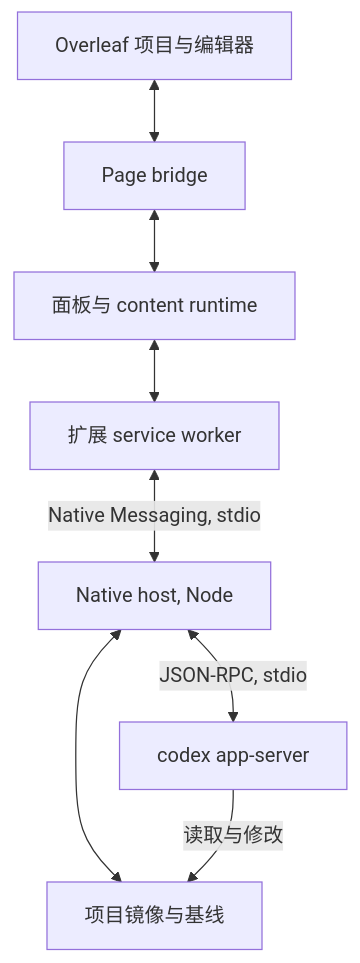
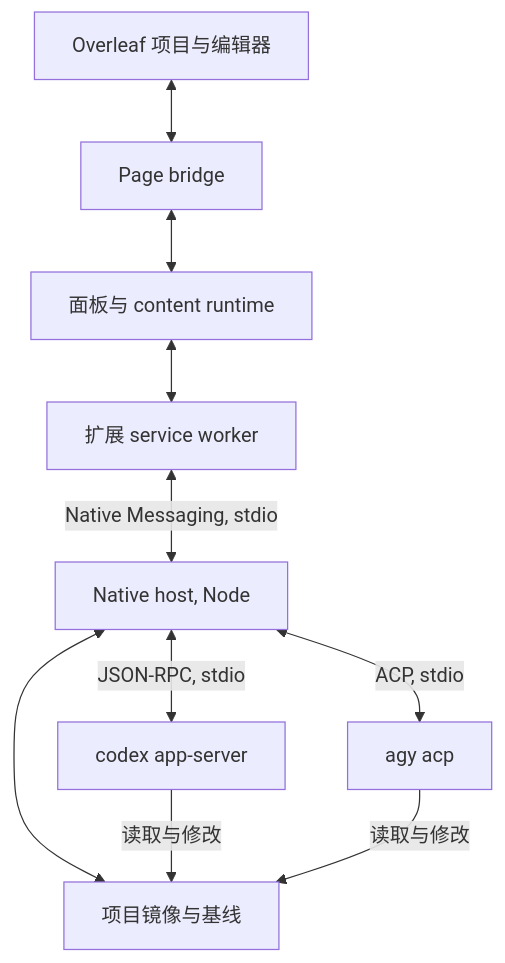
Before and after one commit to Ghqqqq/codex-overleaf-link: the diagram in README.zh-CN.md, drawn with Mermaid. The commit also changed other lines of this file and 60 other files, not shown here.

````diff
--- a/README.zh-CN.md
+++ b/README.zh-CN.md
@@ -152,10 +160,12 @@
 ```mermaid
 flowchart TD
     O[Overleaf 项目与编辑器] <--> P[Page bridge]
     P <--> C[面板与 content runtime]
     C <--> B[扩展 service worker]
     B <-->|Native Messaging, stdio| N[Native host, Node]
     N <--> M[项目镜像与基线]
     N <-->|JSON-RPC, stdio| A[codex app-server]
+    N <-->|ACP, stdio| G[agy acp]
     A -->|读取与修改| M
+    G -->|读取与修改| M
 ```
````
